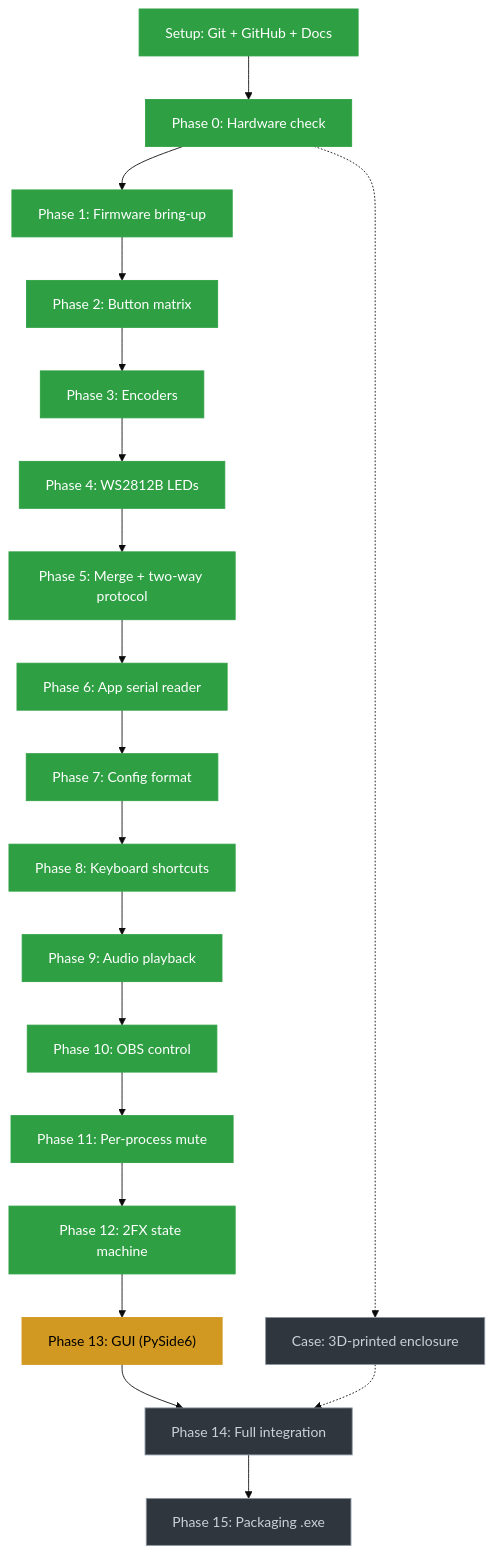
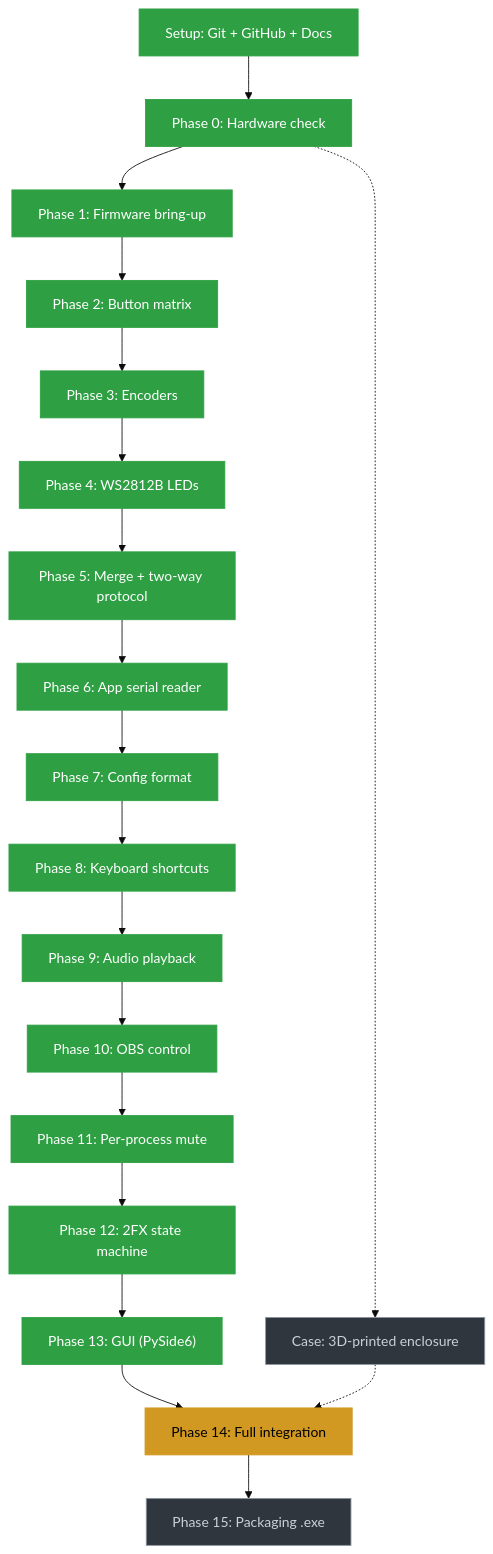
One commit to NeoCraftStudio/stream-deck-macro changed the diagram in README.md. Above: the diagram before and after it, drawn with Mermaid (base theme). The commit also changed 4 other files, not shown here.

````diff
--- a/README.md
+++ b/README.md
@@ -20,25 +20,25 @@
 ```mermaid
 flowchart TD
     S["Setup: Git + GitHub + Docs"]:::done --> P0["Phase 0: Hardware check"]:::done
     P0 --> P1["Phase 1: Firmware bring-up"]:::done
     P1 --> P2["Phase 2: Button matrix"]:::done
     P2 --> P3["Phase 3: Encoders"]:::done
     P3 --> P4["Phase 4: WS2812B LEDs"]:::done
     P4 --> P5["Phase 5: Merge + two-way protocol"]:::done
     P5 --> P6["Phase 6: App serial reader"]:::done
     P6 --> P7["Phase 7: Config format"]:::done
     P7 --> P8["Phase 8: Keyboard shortcuts"]:::done
     P8 --> P9["Phase 9: Audio playback"]:::done
     P9 --> P10["Phase 10: OBS control"]:::done
     P10 --> P11["Phase 11: Per-process mute"]:::done
     P11 --> P12["Phase 12: 2FX state machine"]:::done
-    P12 --> P13["Phase 13: GUI (PySide6)"]:::current
-    P13 --> P14["Phase 14: Full integration"]:::todo
+    P12 --> P13["Phase 13: GUI (PySide6)"]:::done
+    P13 --> P14["Phase 14: Full integration"]:::current
     P14 --> P15["Phase 15: Packaging .exe"]:::todo
     P0 -.-> C["Case: 3D-printed enclosure"]:::todo
     C -.-> P14
 
     classDef done fill:#2ea043,stroke:#2ea043,color:#fff
     classDef current fill:#d29922,stroke:#d29922,color:#000
     classDef todo fill:#30363d,stroke:#8b949e,color:#c9d1d9
 ```
````
